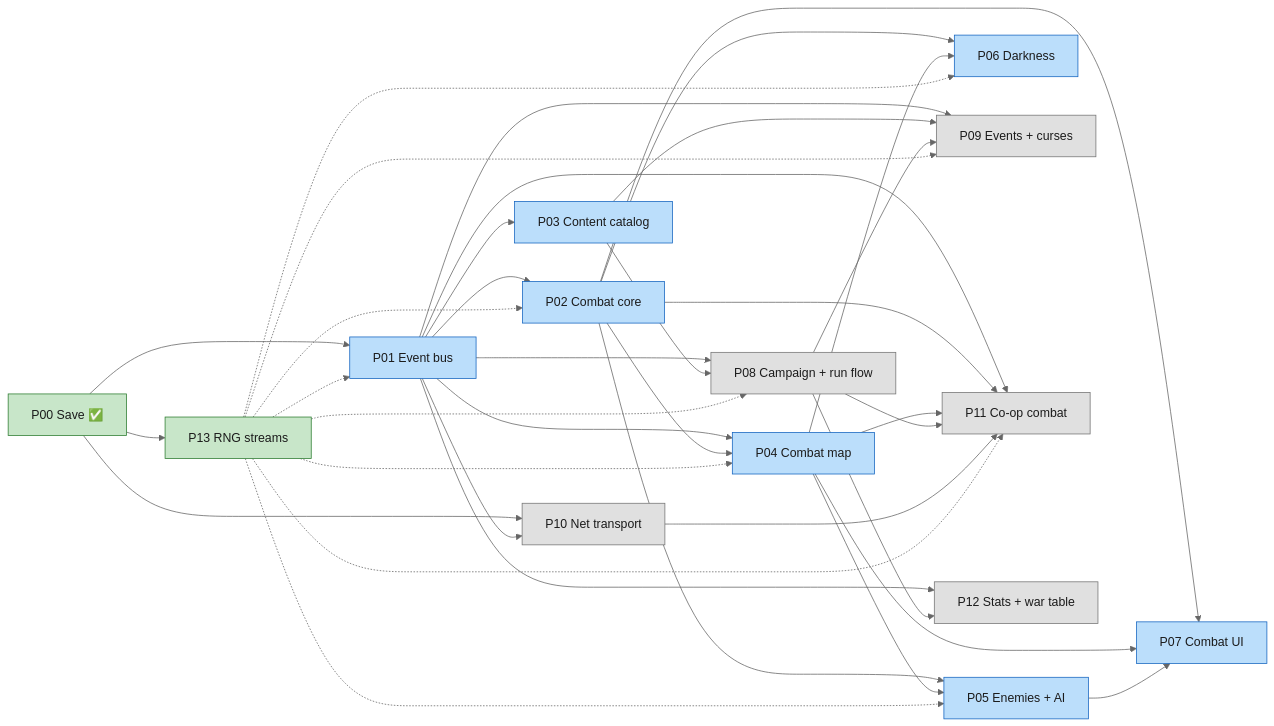
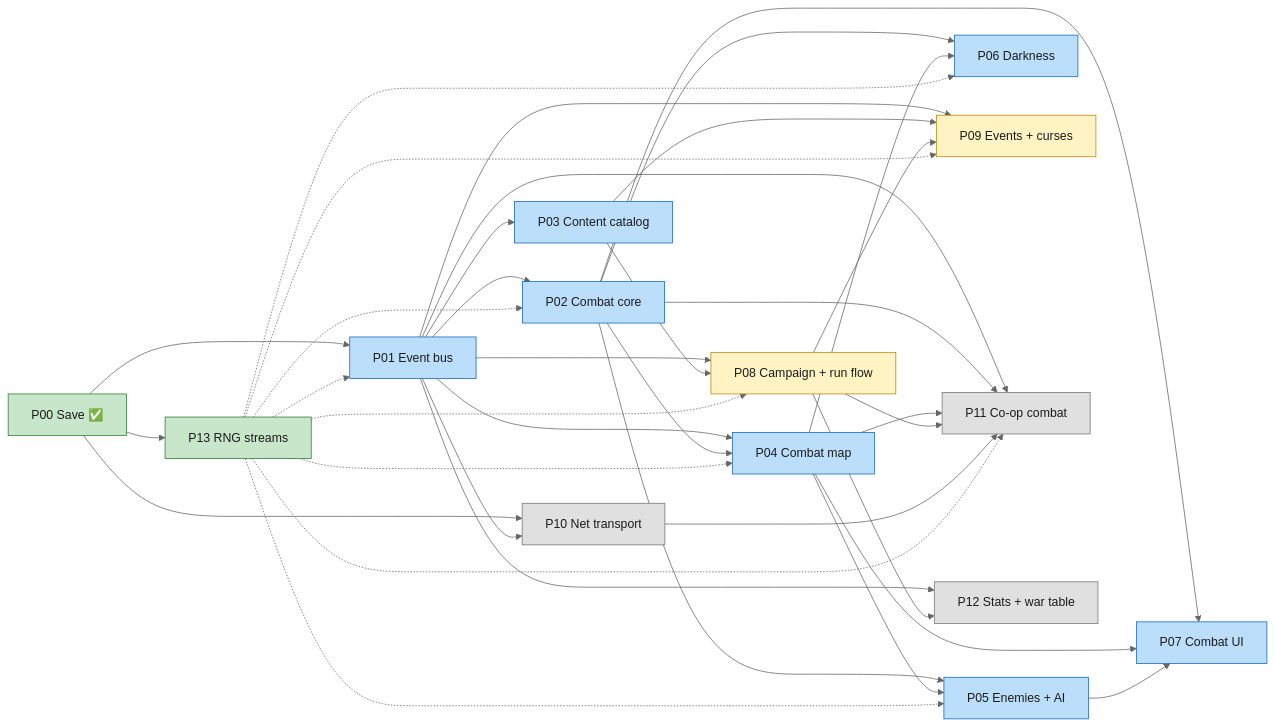
The first of 2 diagrams in docs/plans/orchestrator/dependencies.md (DevinHMurphy/bandit-bash), drawn with Mermaid (neutral theme) before and after one commit. The commit also changed other lines of this file and 2 other files, not shown here.

Commit message:
P08 approved; open RN1-RN5 gates; P09 next

````diff
--- a/docs/plans/orchestrator/dependencies.md
+++ b/docs/plans/orchestrator/dependencies.md
@@ -16,46 +16,47 @@
 ```mermaid
 flowchart LR
   P00[P00 Save ✅] --> P01[P01 Event bus]
   P00 --> P13[P13 RNG streams]
   P00 --> P10[P10 Net transport]
   P01 --> P02[P02 Combat core]
   P01 --> P03[P03 Content catalog]
   P01 --> P04[P04 Combat map]
   P02 --> P04
   P02 --> P05[P05 Enemies + AI]
   P04 --> P05
   P02 --> P06[P06 Darkness]
   P04 --> P06
   P02 --> P07[P07 Combat UI]
   P04 --> P07
   P05 --> P07
   P01 --> P08[P08 Campaign + run flow]
   P03 --> P08
   P01 --> P09[P09 Events + curses]
   P03 --> P09
   P08 --> P09
   P01 --> P10
   P01 --> P11[P11 Co-op combat]
   P02 --> P11
   P04 --> P11
   P08 --> P11
   P10 --> P11
   P01 --> P12[P12 Stats + war table]
   P08 --> P12
   P13 -.-> P01
   P13 -.-> P02
   P13 -.-> P04
   P13 -.-> P05
   P13 -.-> P06
   P13 -.-> P08
   P13 -.-> P09
   P13 -.-> P11
 
   classDef done fill:#c8e6c9,stroke:#2e7d32,color:#1b1b1b
   classDef active fill:#bbdefb,stroke:#1565c0,color:#1b1b1b
   classDef ready fill:#fff3c4,stroke:#b8860b,color:#1b1b1b
   classDef waiting fill:#e0e0e0,stroke:#757575,color:#1b1b1b
   class P00,P13 done
   class P01,P02,P03,P04,P05,P06,P07 active
-  class P08,P09,P10,P11,P12 waiting
+  class P08,P09 ready
+  class P10,P11,P12 waiting
 ```
````
